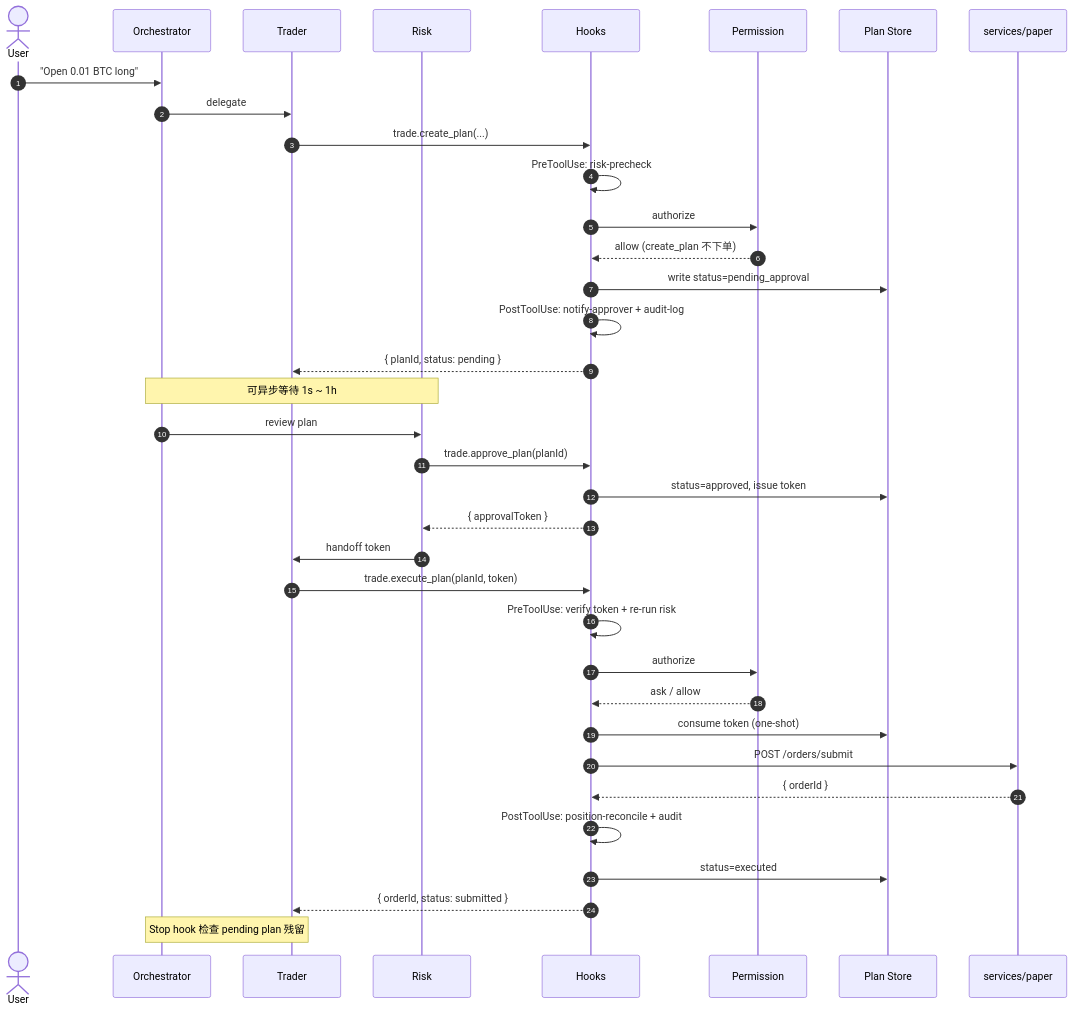
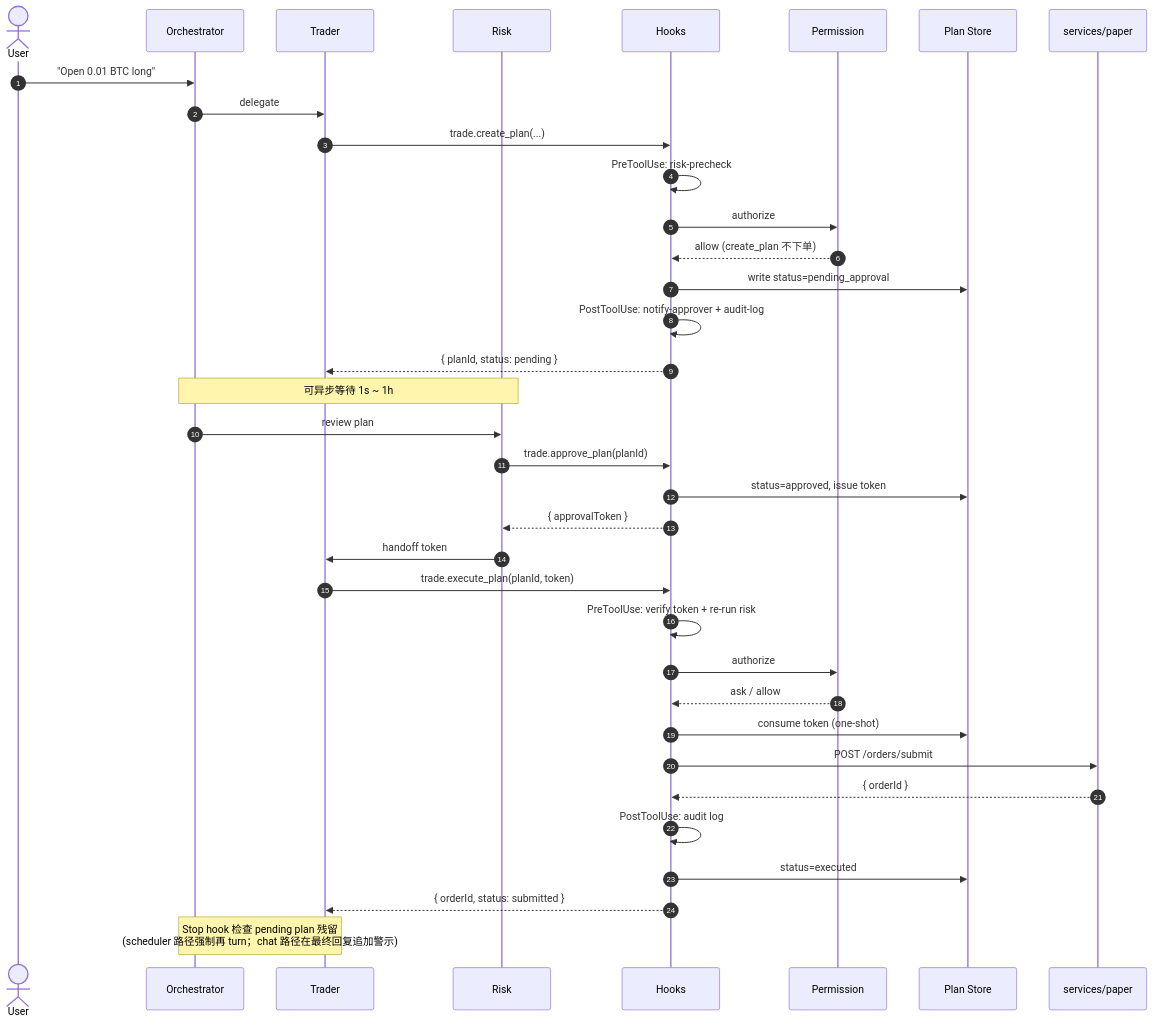
The diagram in docs/04-current-state.md (mirror29/inalpha), drawn with Mermaid before and after one commit. The commit also changed 7 other files, not shown here.

First line of the commit message:
feat(orchestration): pending-plan-check 接入生产——scheduler 强制续 turn + chat 残留警示 (#65)

````diff
--- a/docs/04-current-state.md
+++ b/docs/04-current-state.md
@@ -24,43 +24,43 @@
 ```mermaid
 sequenceDiagram
     autonumber
     actor U as User
     participant O as Orchestrator
     participant T as Trader
     participant R as Risk
     participant H as Hooks
     participant P as Permission
     participant PS as Plan Store
     participant Paper as services/paper
 
     U->>O: "Open 0.01 BTC long"
     O->>T: delegate
     T->>H: trade.create_plan(...)
     H->>H: PreToolUse: risk-precheck
     H->>P: authorize
     P-->>H: allow (create_plan 不下单)
     H->>PS: write status=pending_approval
     H->>H: PostToolUse: notify-approver + audit-log
     H-->>T: { planId, status: pending }
 
     Note over O,R: 可异步等待 1s ~ 1h
 
     O->>R: review plan
     R->>H: trade.approve_plan(planId)
     H->>PS: status=approved, issue token
     H-->>R: { approvalToken }
 
     R->>T: handoff token
     T->>H: trade.execute_plan(planId, token)
     H->>H: PreToolUse: verify token + re-run risk
     H->>P: authorize
     P-->>H: ask / allow
     H->>PS: consume token (one-shot)
     H->>Paper: POST /orders/submit
     Paper-->>H: { orderId }
-    H->>H: PostToolUse: position-reconcile + audit
+    H->>H: PostToolUse: audit log
     H->>PS: status=executed
     H-->>T: { orderId, status: submitted }
 
-    Note over T,O: Stop hook 检查 pending plan 残留
+    Note over T,O: Stop hook 检查 pending plan 残留<br/>(scheduler 路径强制再 turn；chat 路径在最终回复追加警示)
 ```
````
